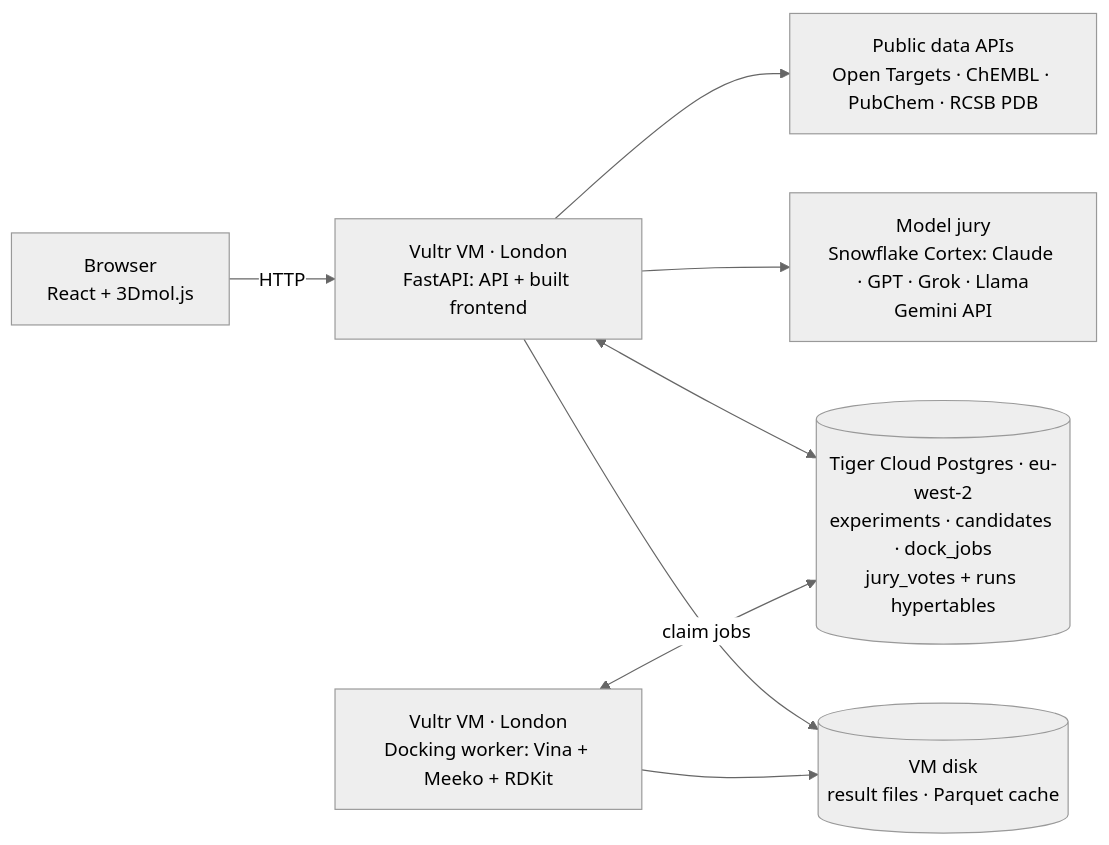
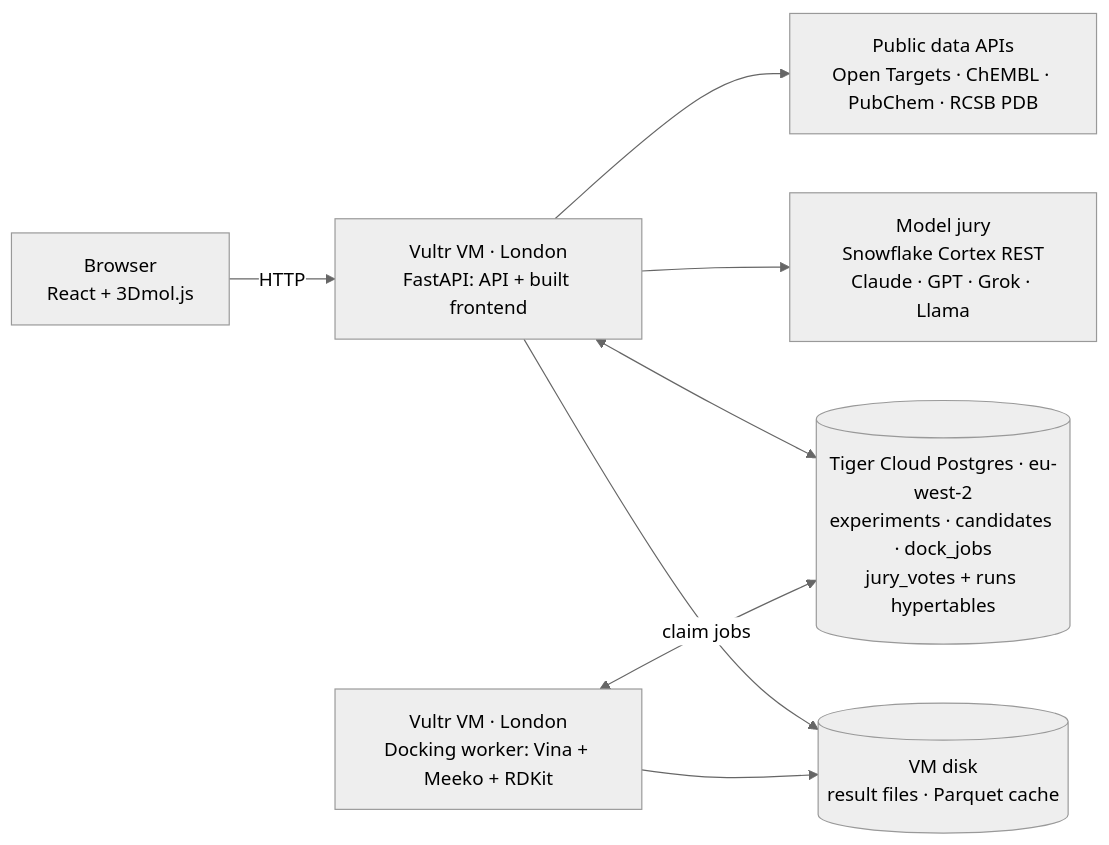
The second of 2 diagrams in plan.md (Abudidayo/ai-drug-discovery), drawn with Mermaid (neutral theme) before and after one commit. The commit also changed other lines of this file and 1 other file, not shown here.

Commit message:
Drop Gemini from the plan

````diff
--- a/plan.md
+++ b/plan.md
@@ -67,18 +66,18 @@
 ```mermaid
 flowchart LR
   U["Browser<br/>React + 3Dmol.js"]
   API["Vultr VM · London<br/>FastAPI: API + built frontend"]
   W["Vultr VM · London<br/>Docking worker: Vina + Meeko + RDKit"]
   DATA["Public data APIs<br/>Open Targets · ChEMBL · PubChem · RCSB PDB"]
-  JURY["Model jury<br/>Snowflake Cortex: Claude · GPT · Grok · Llama<br/>Gemini API"]
+  JURY["Model jury<br/>Snowflake Cortex REST<br/>Claude · GPT · Grok · Llama"]
   DB[("Tiger Cloud Postgres · eu-west-2<br/>experiments · candidates · dock_jobs<br/>jury_votes + runs hypertables")]
   DISK[("VM disk<br/>result files · Parquet cache")]
 
   U -->|"HTTP"| API
   API --> DATA
   API --> JURY
   API <--> DB
   API --> DISK
   W <-->|"claim jobs"| DB
   W --> DISK
 ```
````
